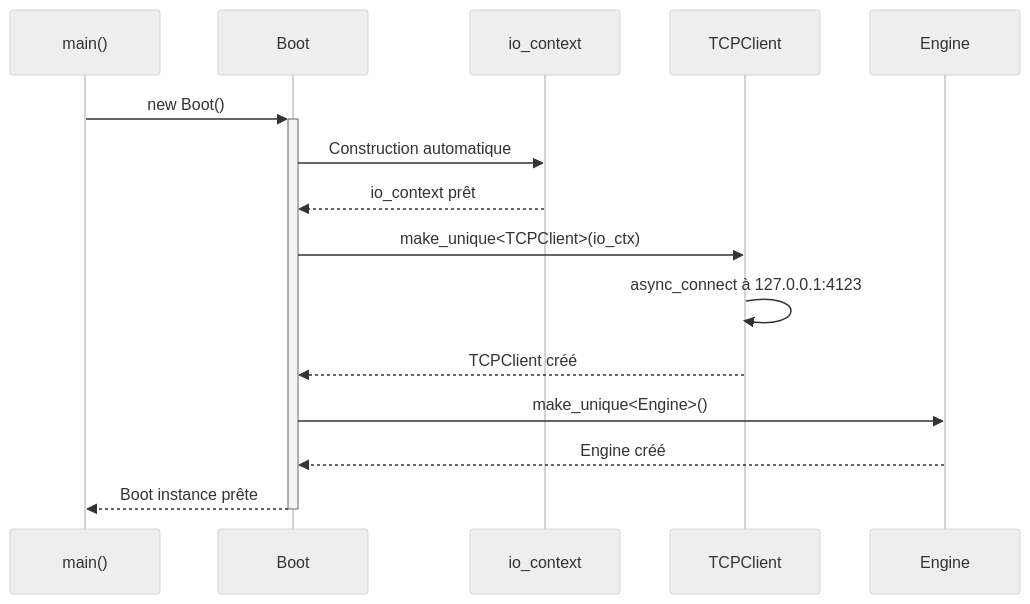
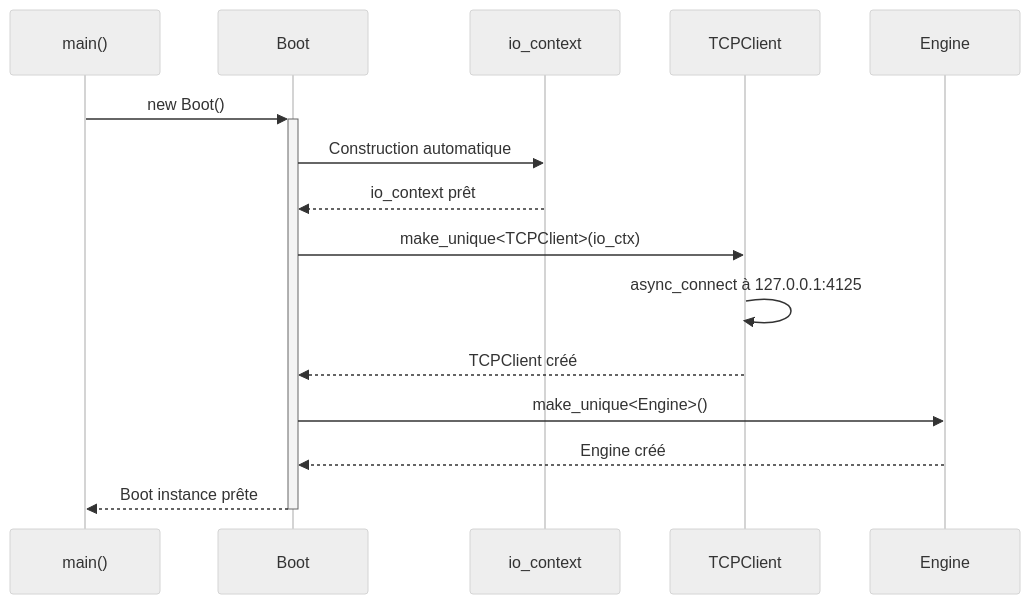
The third of 7 diagrams in docs/client/core/boot.md (ChrisG-L/rtype), drawn with Mermaid (neutral theme) before and after one commit. The commit also changed other lines of this file and 38 other files, not shown here.

````diff
--- a/docs/client/core/boot.md
+++ b/docs/client/core/boot.md
@@ -182,21 +182,21 @@
 ```mermaid
 sequenceDiagram
     participant Main as main()
     participant Boot
     participant IoCtx as io_context
     participant TCP as TCPClient
     participant Eng as Engine
 
     Main->>+Boot: new Boot()
     Boot->>IoCtx: Construction automatique
     IoCtx-->>Boot: io_context prêt
 
     Boot->>TCP: make_unique<TCPClient>(io_ctx)
-    TCP->>TCP: async_connect à 127.0.0.1:4123
+    TCP->>TCP: async_connect à 127.0.0.1:4125
     TCP-->>Boot: TCPClient créé
 
     Boot->>Eng: make_unique<Engine>()
     Eng-->>Boot: Engine créé
 
     Boot-->>-Main: Boot instance prête
 ```
````
